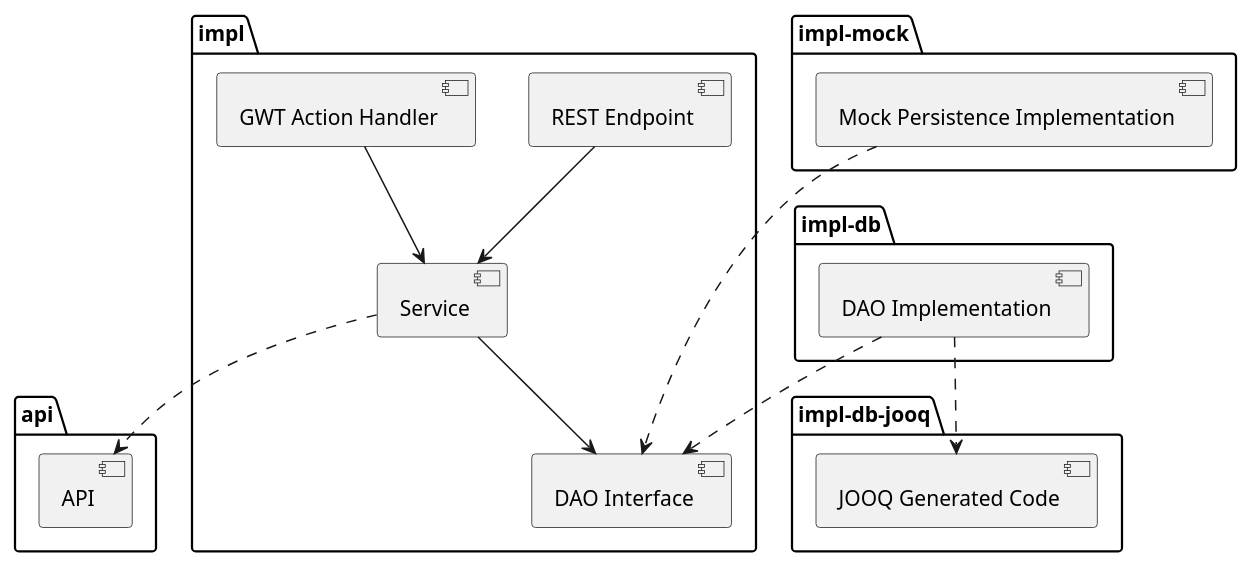
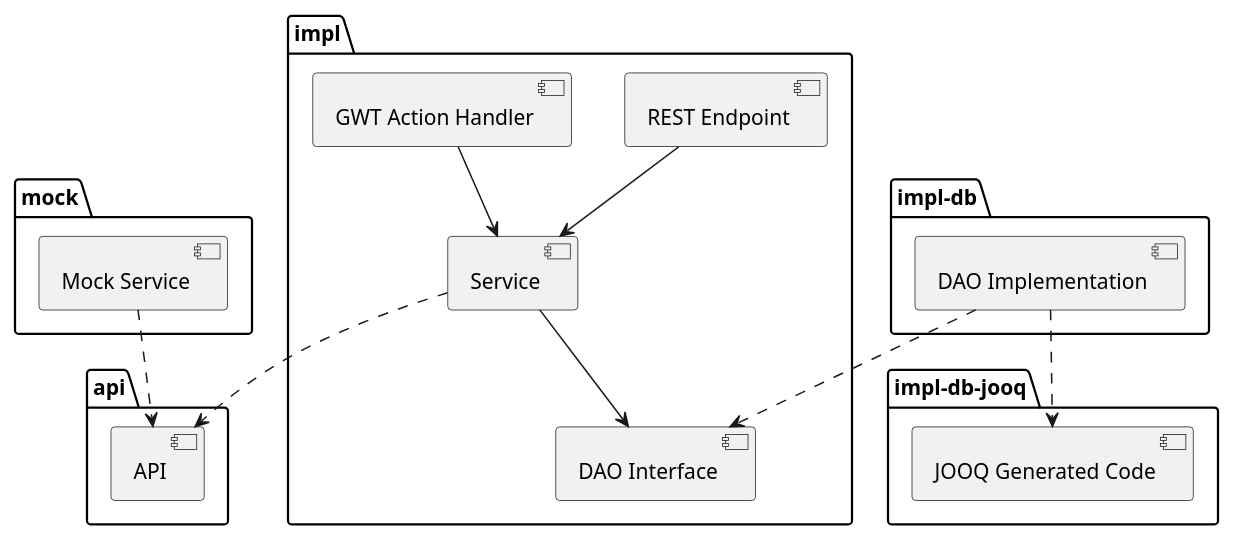
Before and after one commit to gchq/stroom-docs: the diagram in dev-guide/module-dependencies.puml, drawn with PlantUML. The commit also changed 1 other file, not shown here.

Commit message:
Clarify mock modules

```diff
--- a/dev-guide/module-dependencies.puml
+++ b/dev-guide/module-dependencies.puml
@@ -1,34 +1,34 @@
 @startuml
 
 package "api" {
 [API]
 }
 
 package "impl" {
 [REST Endpoint]
 [GWT Action Handler]
 [Service]
 [DAO Interface]
 }
 
 package "impl-db" {
 [DAO Implementation]
 }
 
 package "impl-db-jooq" {
 [JOOQ Generated Code]
 }
 
-package "impl-mock" {
-[Mock Persistence Implementation]
+package "mock" {
+[Mock Service]
 }
 
 [Service] ..> [API]
 [REST Endpoint] --> [Service]
 [GWT Action Handler] --> [Service]
 [Service] --> [DAO Interface]
 [DAO Implementation] ..> [DAO Interface]
 [DAO Implementation] ..> [JOOQ Generated Code]
-[Mock Persistence Implementation] ...> [DAO Interface]
+[Mock Service] ..> [API]
 
 @enduml
```
